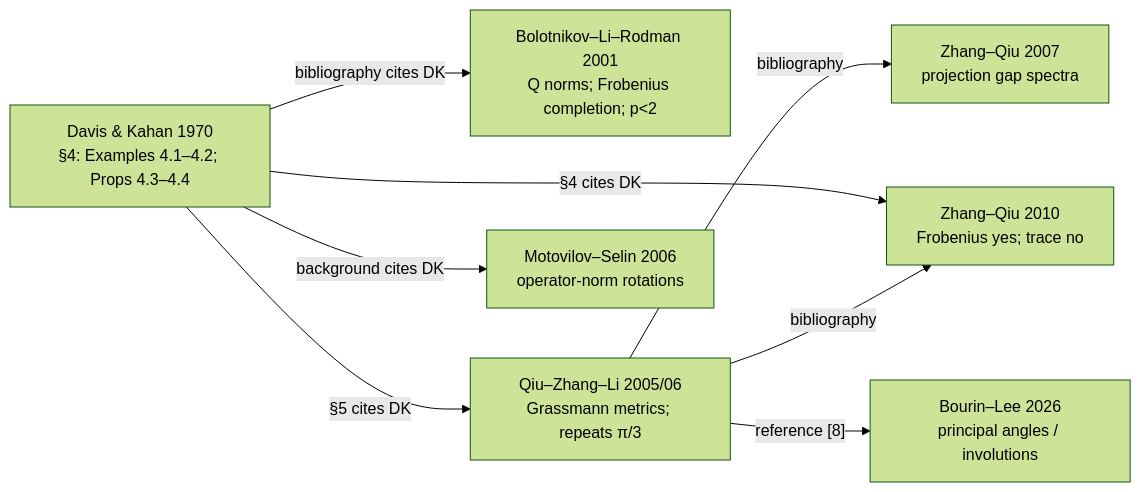
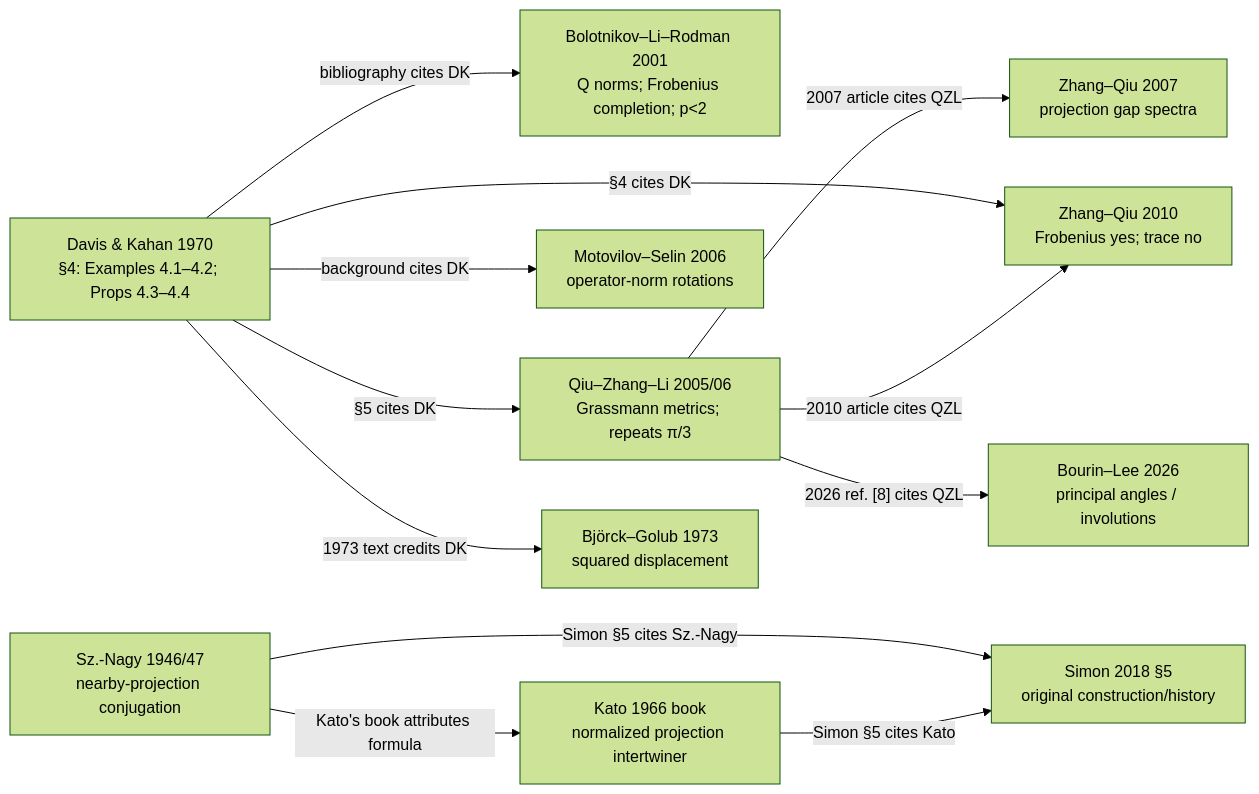
One commit to AIQ-Kitware/aiq-dkps-formalization changed the diagram in papers/dk_formalization_journal/PROPOSITION_4_4_LITERATURE_MAP.md. Above: the diagram before and after it, drawn with Mermaid (forest theme). The commit also changed other lines of this file and 8 other files, not shown here.

````diff
--- a/papers/dk_formalization_journal/PROPOSITION_4_4_LITERATURE_MAP.md
+++ b/papers/dk_formalization_journal/PROPOSITION_4_4_LITERATURE_MAP.md
@@ -278,17 +411,25 @@
 ```mermaid
 flowchart LR
   DK["Davis & Kahan 1970\n§4: Examples 4.1–4.2; Props 4.3–4.4"]
   BLR["Bolotnikov–Li–Rodman 2001\nQ norms; Frobenius completion; p<2"]
   QZL["Qiu–Zhang–Li 2005/06\nGrassmann metrics; repeats π/3"]
   ZQ07["Zhang–Qiu 2007\nprojection gap spectra"]
   ZQ10["Zhang–Qiu 2010\nFrobenius yes; trace no"]
   MS["Motovilov–Selin 2006\noperator-norm rotations"]
   BL26["Bourin–Lee 2026\nprincipal angles / involutions"]
+  SN["Sz.-Nagy 1946/47\nnearby-projection conjugation"]
+  KATO["Kato 1966 book\nnormalized projection intertwiner"]
+  SIMON["Simon 2018 §5\noriginal construction/history"]
+  BG73["Björck–Golub 1973\nsquared displacement"]
+  SN -->|"Kato's book attributes formula"| KATO
+  SN -->|"Simon §5 cites Sz.-Nagy"| SIMON
+  KATO -->|"Simon §5 cites Kato"| SIMON
+  DK -->|"1973 text credits DK"| BG73
   DK -->|"§5 cites DK"| QZL
   DK -->|"bibliography cites DK"| BLR
   DK -->|"§4 cites DK"| ZQ10
   DK -->|"background cites DK"| MS
-  QZL -->|"bibliography"| ZQ07
-  QZL -->|"bibliography"| ZQ10
-  QZL -->|"reference [8]"| BL26
+  QZL -->|"2007 article cites QZL"| ZQ07
+  QZL -->|"2010 article cites QZL"| ZQ10
+  QZL -->|"2026 ref. [8] cites QZL"| BL26
 ```
````
